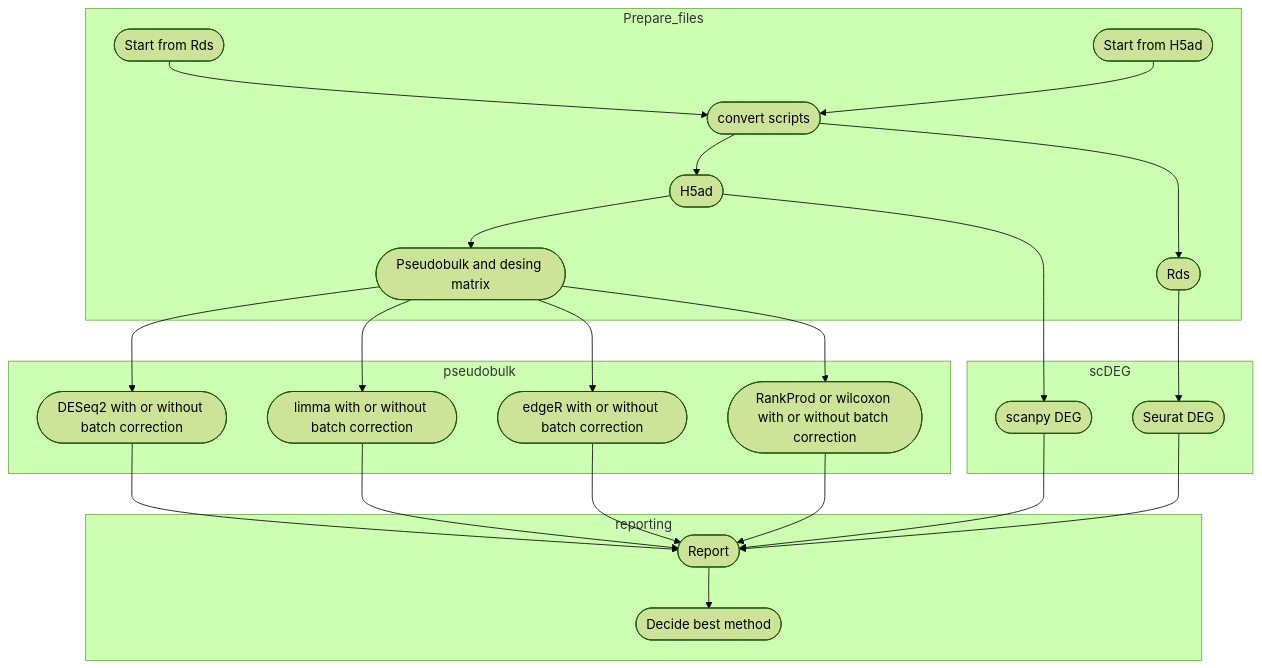
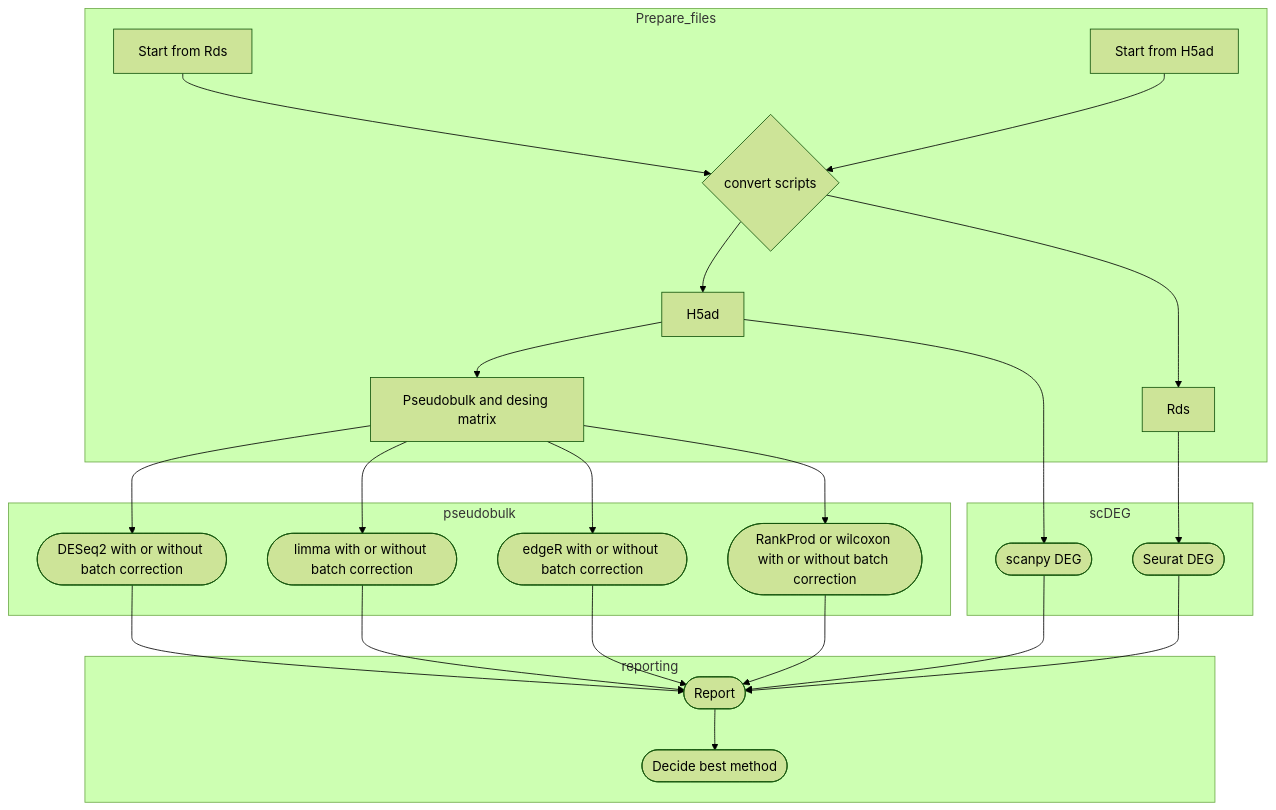
One commit to GuerreroVazquez/Test_DEG_methods-single_cell changed the diagram in README.md. Above: the diagram before and after it, drawn with Mermaid (forest theme).

````diff
--- a/README.md
+++ b/README.md
@@ -63,30 +63,30 @@
 ```mermaid
     flowchart TD
       subgraph Prepare_files
-      A([Start from Rds]) --> B([convert scripts])
-      C([Start from H5ad]) --> B
-      B --> D([H5ad])
-      B --> E([Rds])
-      D --> F([Pseudobulk and desing matrix])
+      A[Start from Rds] --> B{convert scripts}
+      C[Start from H5ad] --> B
+      B --> D[H5ad]
+      B --> E[Rds]
+      D --> F[Pseudobulk and desing matrix]
       end
       subgraph scDEG
       D --> G([scanpy DEG])
       E --> H([Seurat DEG])
       end
       subgraph pseudobulk
       F --> I([DESeq2 with or without batch correction])
       F --> J([limma with or without batch correction])
       F --> K([edgeR with or without batch correction])
       F --> L([RankProd or wilcoxon with or without batch correction])
       end
       subgraph reporting
       G --> M([Report])
       H --> M
       I --> M
       J --> M
       K --> M
       L --> M
       M --> N([Decide best method])
       end
 
 ```
````
